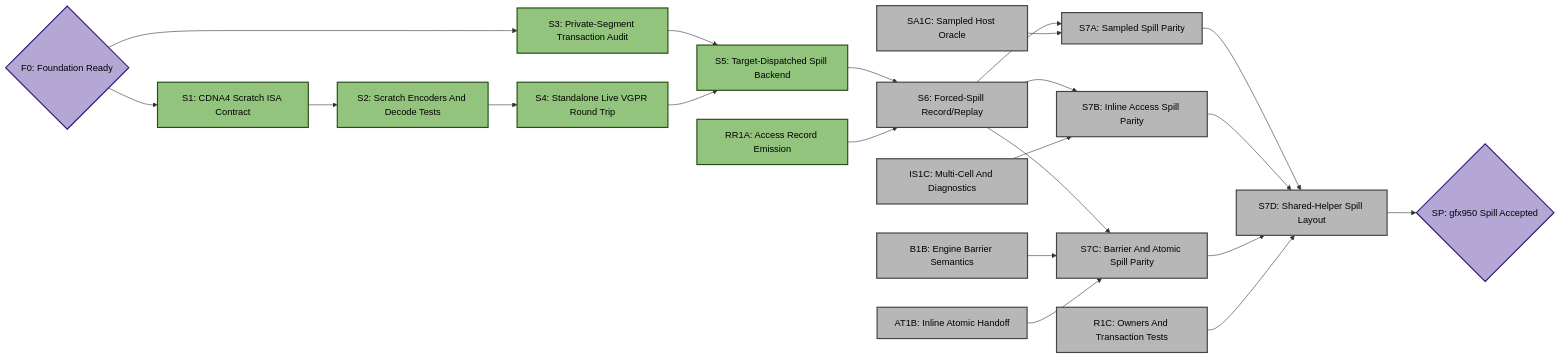
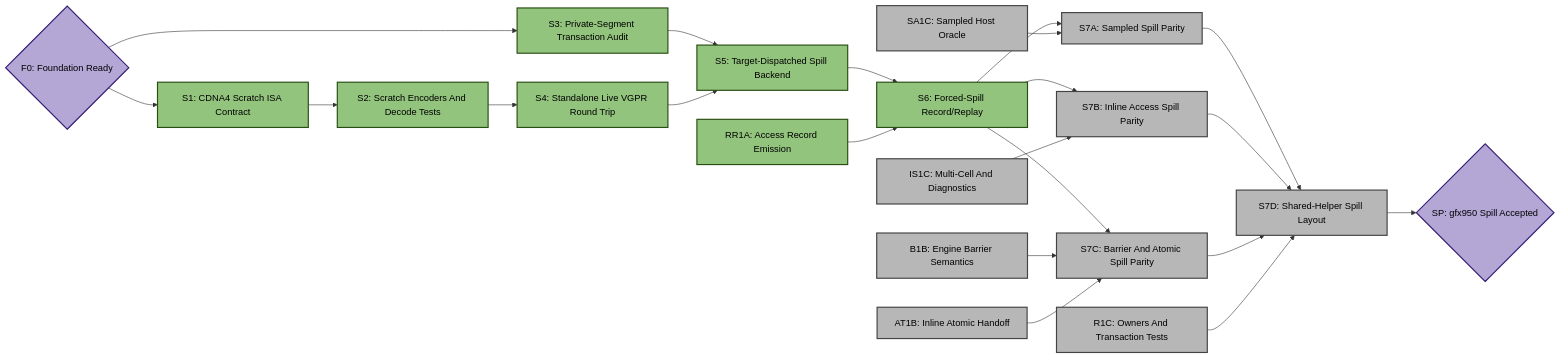
Before and after one commit to ROCm/rocm-systems: the third of 5 diagrams in emulation/rocjitsu/docs/consan/PLAN_GFX950.md, drawn with Mermaid. The commit also changed other lines of this file and 2 other files, not shown here.

Commit message:
rocjitsu: prove forced record spill on gfx950

````diff
--- a/emulation/rocjitsu/docs/consan/PLAN_GFX950.md
+++ b/emulation/rocjitsu/docs/consan/PLAN_GFX950.md
@@ -199,47 +205,47 @@
 ```mermaid
 flowchart LR
   F0{"F0: Foundation Ready"}:::target
   S1["S1: CDNA4 Scratch ISA Contract"]:::done
   S2["S2: Scratch Encoders And Decode Tests"]:::done
   S3["S3: Private-Segment Transaction Audit"]:::done
   S4["S4: Standalone Live VGPR Round Trip"]:::done
   S5["S5: Target-Dispatched Spill Backend"]:::done
   RR1A["RR1A: Access Record Emission"]:::done
-  S6["S6: Forced-Spill Record/Replay"]:::todo
+  S6["S6: Forced-Spill Record/Replay"]:::done
   SA1C["SA1C: Sampled Host Oracle"]:::todo
   IS1C["IS1C: Multi-Cell And Diagnostics"]:::todo
   B1B["B1B: Engine Barrier Semantics"]:::todo
   AT1B["AT1B: Inline Atomic Handoff"]:::todo
   R1C["R1C: Owners And Transaction Tests"]:::todo
   S7A["S7A: Sampled Spill Parity"]:::todo
   S7B["S7B: Inline Access Spill Parity"]:::todo
   S7C["S7C: Barrier And Atomic Spill Parity"]:::todo
   S7D["S7D: Shared-Helper Spill Layout"]:::todo
   SP{"SP: gfx950 Spill Accepted"}:::target
 
   F0 --> S1
   F0 --> S3
   S1 --> S2
   S2 --> S4
   S3 --> S5
   S4 --> S5
   S5 --> S6
   RR1A --> S6
   S6 --> S7A
   SA1C --> S7A
   S6 --> S7B
   IS1C --> S7B
   S6 --> S7C
   B1B --> S7C
   AT1B --> S7C
   S7A --> S7D
   S7B --> S7D
   S7C --> S7D
   R1C --> S7D
   S7D --> SP
 
   classDef done fill:#93c47d,stroke:#274e13,stroke-width:2px,color:#000;
   classDef active fill:#f6b26b,stroke:#783f04,stroke-width:2px,color:#000;
   classDef todo fill:#b7b7b7,stroke:#434343,stroke-width:2px,color:#000;
   classDef target fill:#b4a7d6,stroke:#351c75,stroke-width:2px,color:#000;
 ```
````
